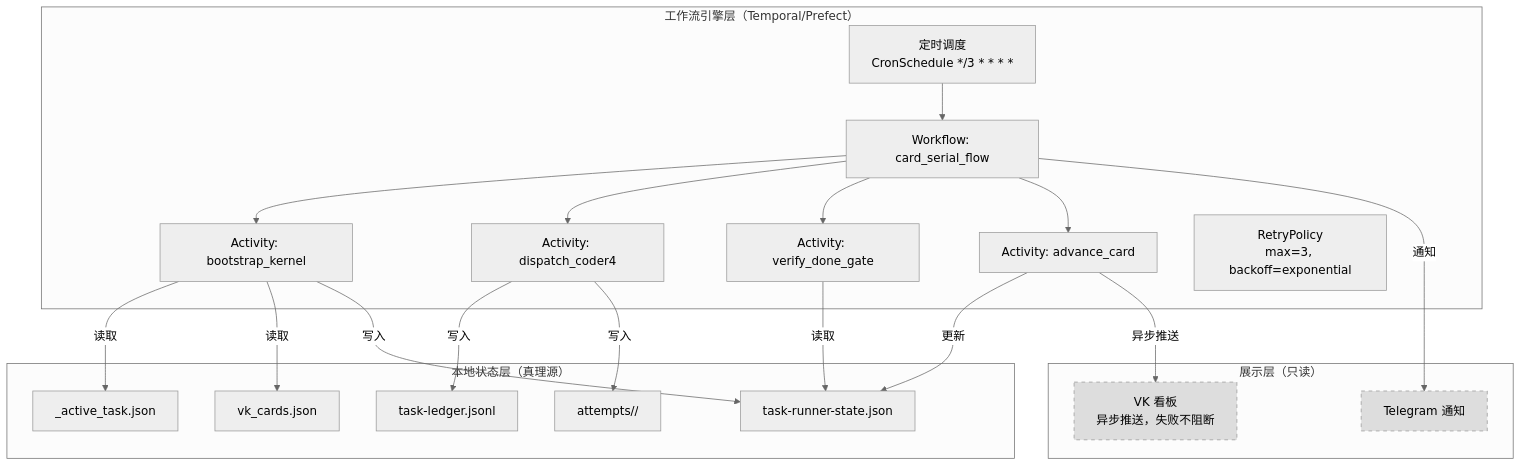
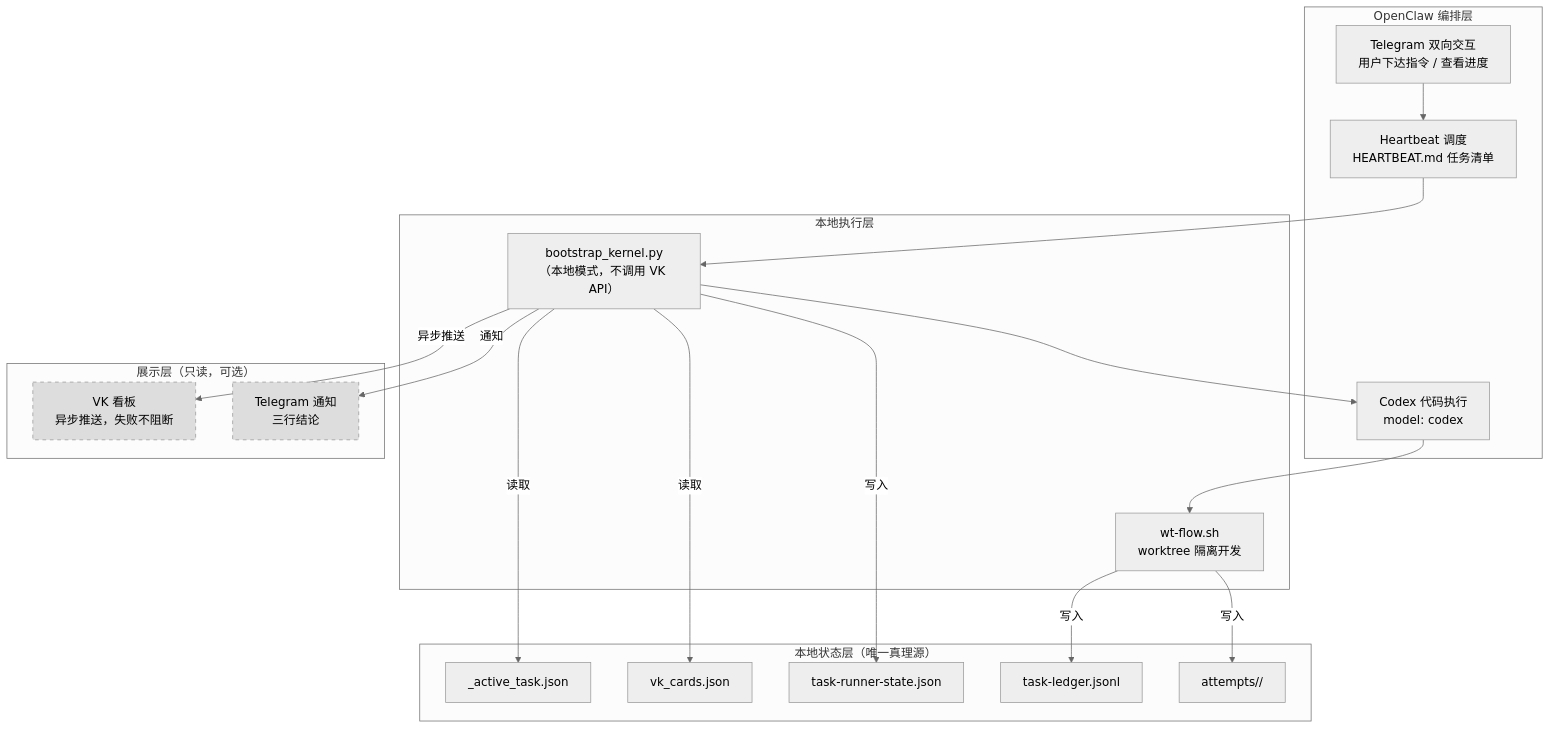
The fourth of 4 diagrams in docs/内部参考/迭代需求/vibe_kanban依赖分析报告.md (jijingkun-commits/fastapi), drawn with Mermaid (neutral theme) before and after one commit. The commit also changed other lines of this file and 503 other files, not shown here.

````diff
--- a/docs/内部参考/迭代需求/vibe_kanban依赖分析报告.md
+++ b/docs/内部参考/迭代需求/vibe_kanban依赖分析报告.md
@@ -620,43 +658,41 @@
 ```mermaid
 flowchart TD
-    subgraph "工作流引擎层（Temporal/Prefect）"
-        S["定时调度<br/>CronSchedule */3 * * * *"]
-        W["Workflow: card_serial_flow"]
-        A1["Activity: bootstrap_kernel"]
-        A2["Activity: dispatch_coder4"]
-        A3["Activity: verify_done_gate"]
-        A4["Activity: advance_card"]
-        R["RetryPolicy<br/>max=3, backoff=exponential"]
+    subgraph "OpenClaw 编排层"
+        HB["Heartbeat 调度<br/>HEARTBEAT.md 任务清单"]
+        TG_IN["Telegram 双向交互<br/>用户下达指令 / 查看进度"]
+        CDX["Codex 代码执行<br/>model: codex"]
     end
 
-    subgraph "本地状态层（真理源）"
+    subgraph "本地状态层（唯一真理源）"
         F1["_active_task.json"]
         F2["vk_cards.json"]
         F3["task-runner-state.json"]
         F4["task-ledger.jsonl"]
         F5["attempts/<card_id>/"]
     end
 
-    subgraph "展示层（只读）"
-        VK["VK 看板<br/>异步推送，失败不阻断"]
-        TG["Telegram 通知"]
+    subgraph "本地执行层"
+        BK["bootstrap_kernel.py<br/>（本地模式，不调用 VK API）"]
+        WT["wt-flow.sh<br/>worktree 隔离开发"]
     end
 
-    S --> W
-    W --> A1
-    A1 -->|"读取"| F1
-    A1 -->|"读取"| F2
-    A1 -->|"写入"| F3
-    W --> A2
-    A2 -->|"写入"| F4
-    A2 -->|"写入"| F5
-    W --> A3
-    A3 -->|"读取"| F3
-    W --> A4
-    A4 -->|"更新"| F3
-    A4 -->|"异步推送"| VK
-    W -->|"通知"| TG
+    subgraph "展示层（只读，可选）"
+        VK["VK 看板<br/>异步推送，失败不阻断"]
+        TG_OUT["Telegram 通知<br/>三行结论"]
+    end
+
+    HB --> BK
+    TG_IN --> HB
+    BK -->|"读取"| F1
+    BK -->|"读取"| F2
+    BK -->|"写入"| F3
+    BK --> CDX
+    CDX --> WT
+    WT -->|"写入"| F4
+    WT -->|"写入"| F5
+    BK -->|"异步推送"| VK
+    BK -->|"通知"| TG_OUT
 
     style VK fill:#ddd,stroke:#999,stroke-dasharray: 5 5
-    style TG fill:#ddd,stroke:#999,stroke-dasharray: 5 5
+    style TG_OUT fill:#ddd,stroke:#999,stroke-dasharray: 5 5
 ```
````
